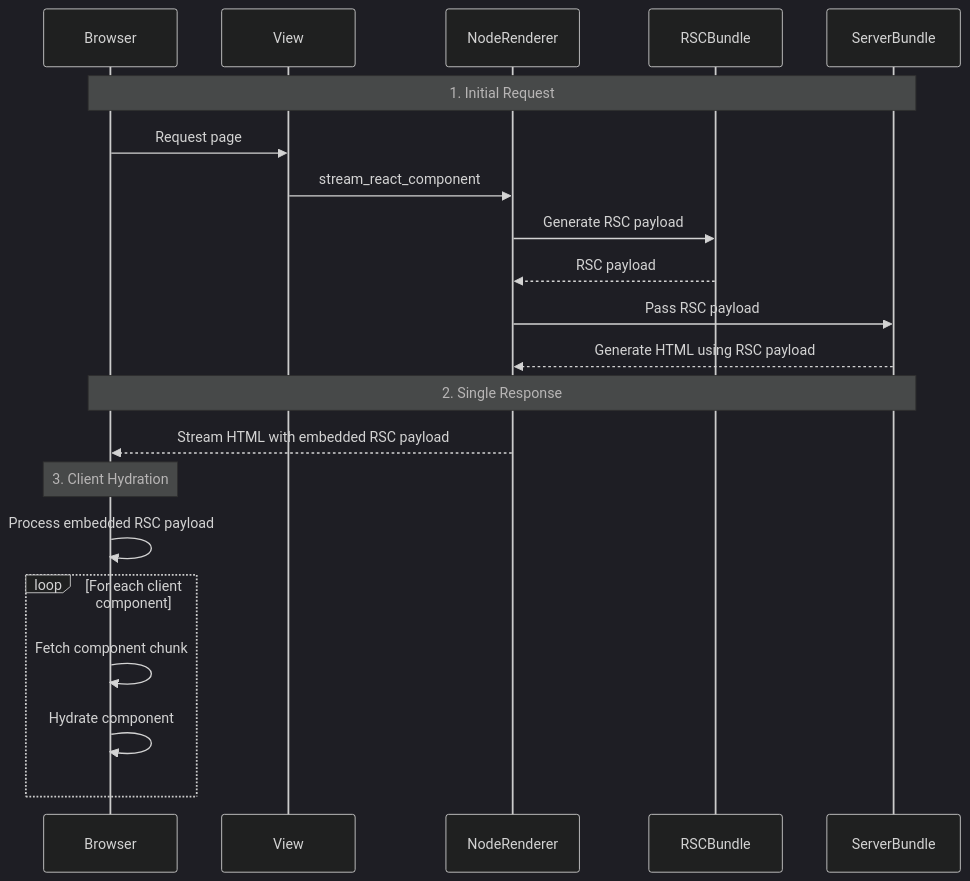
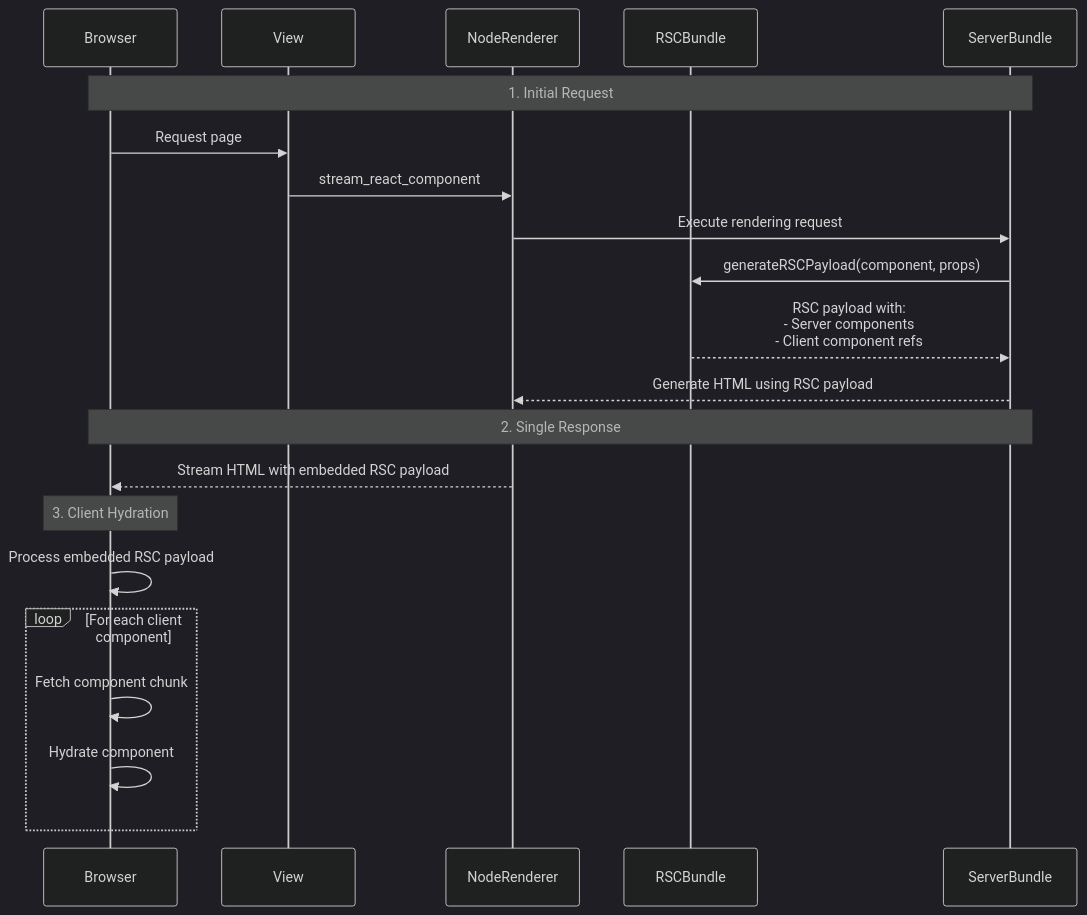
The diagram in docs/react-server-components-rendering-flow.md (shakacode/react_on_rails_pro), drawn with Mermaid (dark theme) before and after one commit. The commit also changed other lines of this file and 1 other file, not shown here.

````diff
--- a/docs/react-server-components-rendering-flow.md
+++ b/docs/react-server-components-rendering-flow.md
@@ -113,26 +57,26 @@
 ```mermaid
 sequenceDiagram
     participant Browser
     participant View
     participant NodeRenderer
     participant RSCBundle
     participant ServerBundle
     
     Note over Browser,ServerBundle: 1. Initial Request
     Browser->>View: Request page
     View->>NodeRenderer: stream_react_component
-    NodeRenderer->>RSCBundle: Generate RSC payload
-    RSCBundle-->>NodeRenderer: RSC payload
-    NodeRenderer->>ServerBundle: Pass RSC payload
+    NodeRenderer->>ServerBundle: Execute rendering request
+    ServerBundle->>RSCBundle: generateRSCPayload(component, props)
+    RSCBundle-->>ServerBundle: RSC payload with:<br/>- Server components<br/>- Client component refs
     ServerBundle-->>NodeRenderer: Generate HTML using RSC payload
     
     Note over Browser,ServerBundle: 2. Single Response
     NodeRenderer-->>Browser: Stream HTML with embedded RSC payload
     
     Note over Browser: 3. Client Hydration
     Browser->>Browser: Process embedded RSC payload
     loop For each client component
         Browser->>Browser: Fetch component chunk
         Browser->>Browser: Hydrate component
     end
 ```
````
